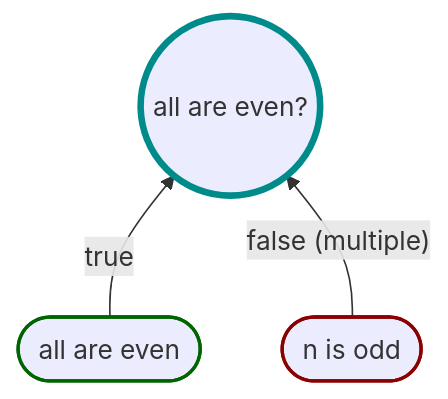
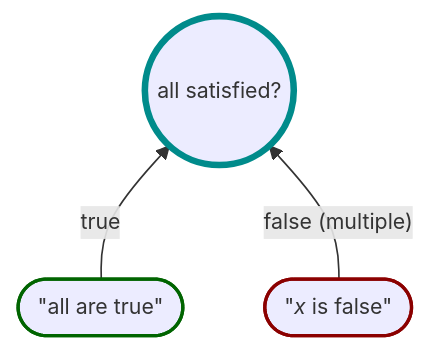
The diagram in tutorial/MultipleAssertions.md (karlssberg/Motiv), drawn with Mermaid before and after one commit. The commit also changed 161 other files, not shown here.

Commit message:
Added policy fluent builder methods/propositions that permit accessing the BooleanResultBase in the WhenTrue/WhenFalse/WhenTrueYield/WhenFalseYield Deprecated the Metadata property for a property called Values.

````diff
--- a/tutorial/MultipleAssertions.md
+++ b/tutorial/MultipleAssertions.md
@@ -9,10 +4,10 @@
 ```mermaid
+%%{init: { 'themeVariables': { 'fontSize': '13px' }}}%%
 flowchart BT
-    True([all are even]) -->|true| P((all are even?))
-    False([n is odd]) -->|false &lpar;multiple&rpar;| P
-
+    True(["&quot;all are true&quot;"]) -->|true| P((all satisfied?))
+    False(["<span>&quot;<i>x</i> is false&quot;</span>"]) -->|"false &lpar;multiple&rpar;"| P
 
     style P stroke:darkcyan,stroke-width:4px
     style True stroke:darkgreen,stroke-width:2px
     style False stroke:darkred,stroke-width:2px
 ```
````
